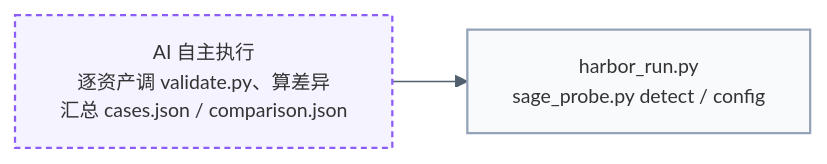
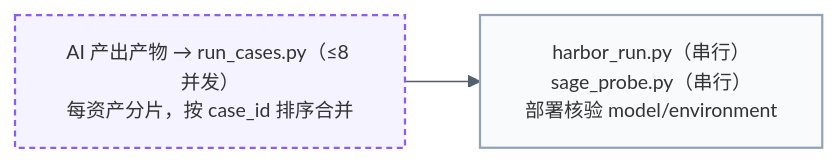
Before and after one commit to KnowledgeXLab/sci-asset-verify-skill: the third of 4 diagrams in README.md, drawn with Mermaid. The commit also changed other lines of this file and 9 other files, not shown here.

````diff
--- a/README.md
+++ b/README.md
@@ -215,10 +215,10 @@
     ```mermaid
     %%{init: {"theme": "base", "themeVariables": {"fontSize": "13px", "lineColor": "#52606d"}}}%%
     flowchart LR
-        S2["AI 自主执行<br/>逐资产调 validate.py、算差异<br/>汇总 cases.json / comparison.json"] --> S2b["harbor_run.py<br/>sage_probe.py detect / config"]
+        S2["AI 产出产物 → run_cases.py（≤8 并发）<br/>每资产分片，按 case_id 排序合并"] --> S2b["harbor_run.py（串行）<br/>sage_probe.py（串行）<br/>部署核验 model/environment"]
 
         classDef script fill:#f8fafc,stroke:#94a3b8,stroke-width:1.5px;
         classDef ai fill:#f5f3ff,stroke:#8b5cf6,stroke-width:1.5px,stroke-dasharray:4 3;
         class S2 ai;
         class S2b script;
     ```
````
